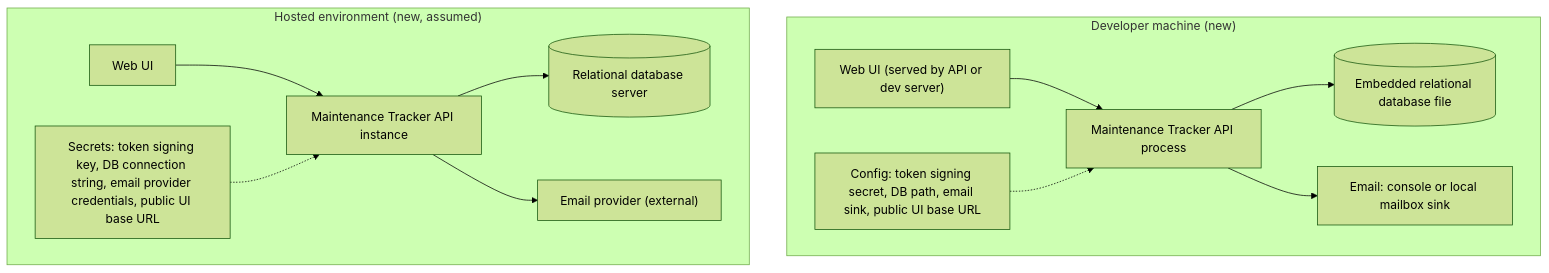
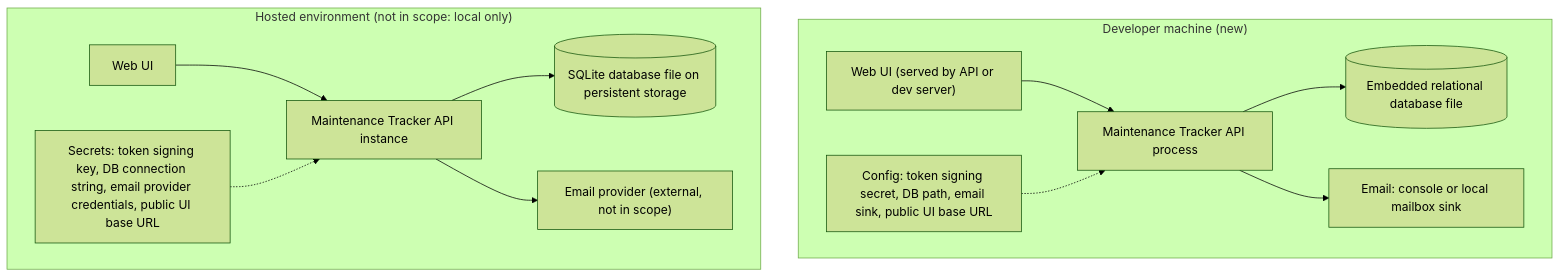
Diagram 13 of 13 in Docs/designs/Vehicle Maintenance Tracker.md (dieggob/TechnicalTestModernTech), drawn with Mermaid (forest theme) before and after one commit. The commit also changed other lines of this file and 3 other files, not shown here.

````diff
--- a/Docs/designs/Vehicle Maintenance Tracker.md
+++ b/Docs/designs/Vehicle Maintenance Tracker.md
@@ -731,25 +734,25 @@
 ```mermaid
 flowchart TB
   subgraph Local["Developer machine (new)"]
     api1["Maintenance Tracker API process"]
     ui1["Web UI (served by API or dev server)"]
     db1[("Embedded relational database file")]
     mail1["Email: console or local mailbox sink"]
     cfg1["Config: token signing secret, DB path, email sink, public UI base URL"]
     ui1 --> api1
     api1 --> db1
     api1 --> mail1
     cfg1 -.-> api1
   end
-  subgraph Server["Hosted environment (new, assumed)"]
+  subgraph Server["Hosted environment (not in scope: local only)"]
     api2["Maintenance Tracker API instance"]
     ui2["Web UI"]
-    db2[("Relational database server")]
-    mail2["Email provider (external)"]
+    db2[("SQLite database file on persistent storage")]
+    mail2["Email provider (external, not in scope)"]
     cfg2["Secrets: token signing key, DB connection string, email provider credentials, public UI base URL"]
     ui2 --> api2
     api2 --> db2
     api2 --> mail2
     cfg2 -.-> api2
   end
 ```
````
